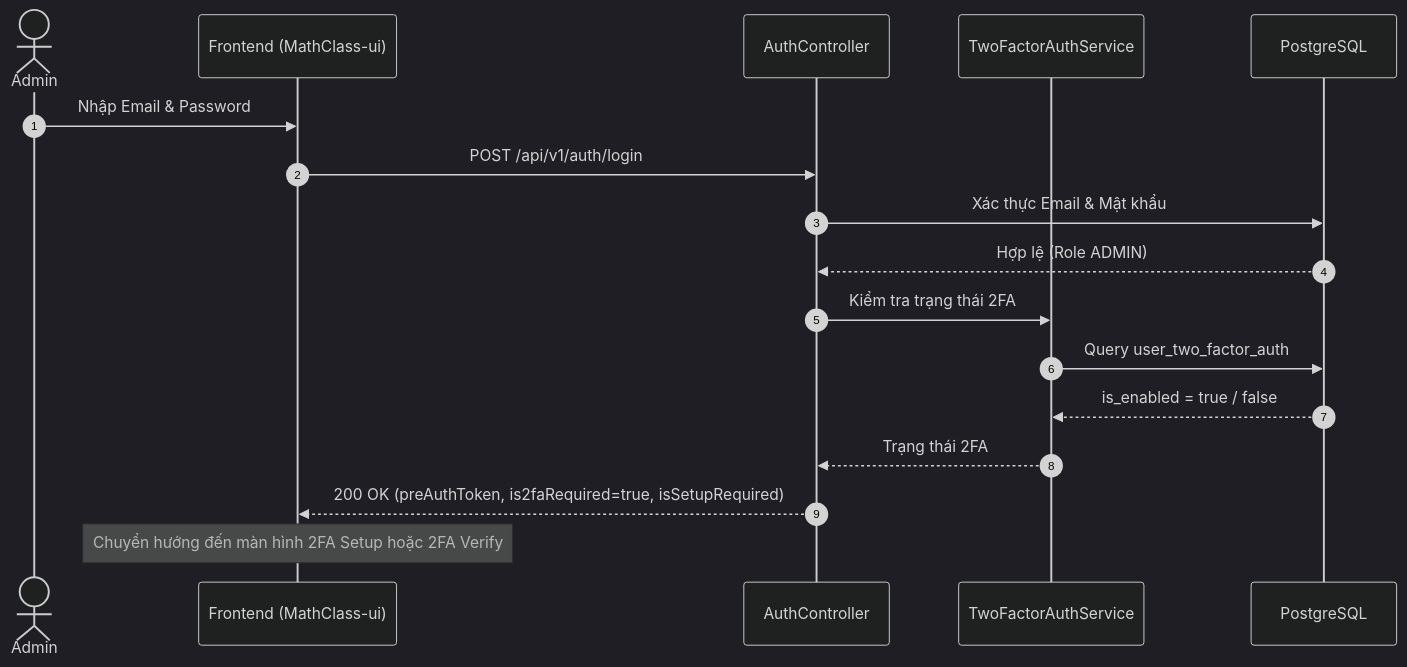
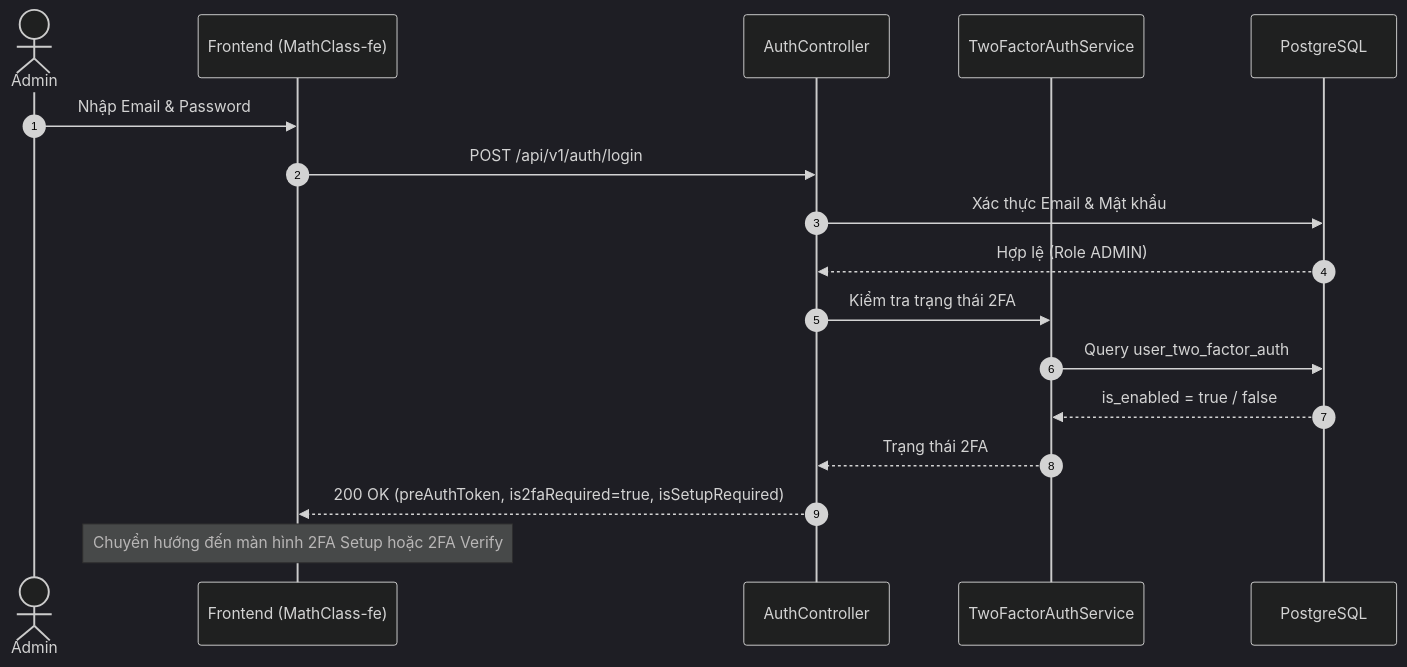
The first of 2 diagrams in docs/06-two-factor-authentication.md (pmt1841/MathClass-be), drawn with Mermaid (dark theme) before and after one commit. The commit also changed 5 other files, not shown here.

````diff
--- a/docs/06-two-factor-authentication.md
+++ b/docs/06-two-factor-authentication.md
@@ -46,20 +46,20 @@
 ```mermaid
 sequenceDiagram
     autonumber
     actor Admin
-    participant Client as Frontend (MathClass-ui)
+    participant Client as Frontend (MathClass-fe)
     participant Auth as AuthController
     participant Service as TwoFactorAuthService
     participant DB as PostgreSQL
 
     Admin->>Client: Nhập Email & Password
     Client->>Auth: POST /api/v1/auth/login
     Auth->>DB: Xác thực Email & Mật khẩu
     DB-->>Auth: Hợp lệ (Role ADMIN)
     Auth->>Service: Kiểm tra trạng thái 2FA
     Service->>DB: Query user_two_factor_auth
     DB-->>Service: is_enabled = true / false
     Service-->>Auth: Trạng thái 2FA
     Auth-->>Client: 200 OK (preAuthToken, is2faRequired=true, isSetupRequired)
     Note over Client: Chuyển hướng đến màn hình 2FA Setup hoặc 2FA Verify
 ```
````
